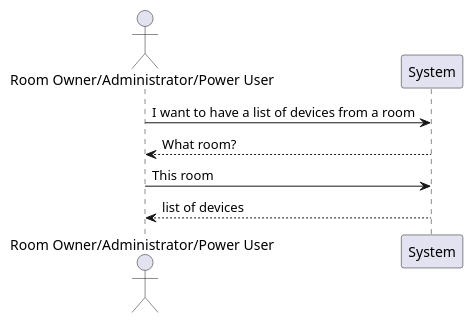
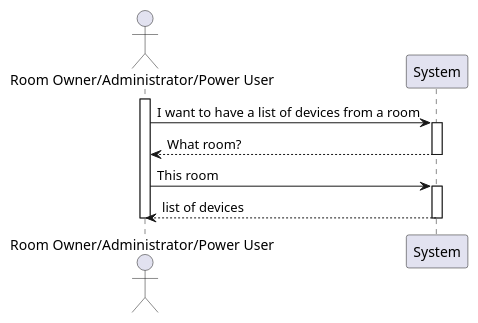
One commit to olivDiogo/SmartHome changed the diagram in docs/useCases/uc06_toGetListOfAllDevicesInRoom/artifacts/uc06_SSD.puml. Above: the diagram before and after it, drawn with PlantUML. The commit also changed 23 other files, not shown here.

```diff
--- a/docs/useCases/uc06_toGetListOfAllDevicesInRoom/artifacts/uc06_SSD.puml
+++ b/docs/useCases/uc06_toGetListOfAllDevicesInRoom/artifacts/uc06_SSD.puml
@@ -1,12 +1,18 @@
 @startuml
 'https://plantuml.com/sequence-diagram
 
-actor "Room Owner/Administrator/Power User" as RoomOwner
+actor "Room Owner/Administrator/Power User" as User
 
-RoomOwner -> System: I want to have a list of devices from a room
-System --> RoomOwner: What room?
-RoomOwner -> System: This room
-System --> RoomOwner: list of devices
+activate User
+User -> System: I want to have a list of devices from a room
+activate System
+System --> User: What room?
+deactivate System
+User -> System: This room
+activate System
+System --> User: list of devices
+deactivate System
+deactivate User
 
 
 @enduml
```
